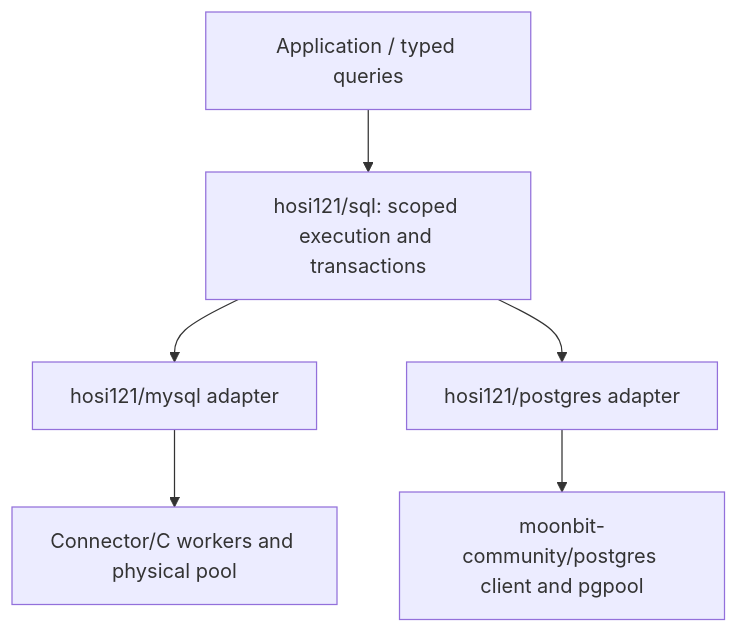
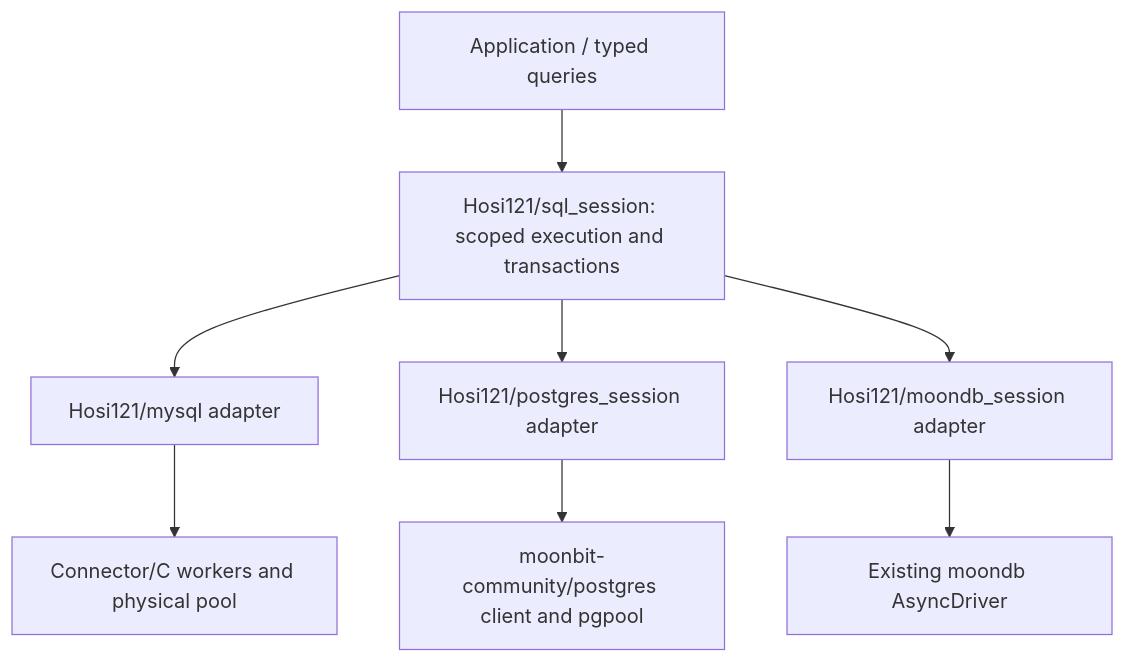
One commit to Hosi121/moonbit-sessions changed the diagram in docs/database-abstraction.md. Above: the diagram before and after it, drawn with Mermaid. The commit also changed other lines of this file and 72 other files, not shown here.

Commit message:
refactor: build scoped sessions on existing drivers and prepare registry modules

````diff
--- a/docs/database-abstraction.md
+++ b/docs/database-abstraction.md
@@ -10,8 +10,10 @@
 ```mermaid
 flowchart TD
-  A[Application / typed queries] --> S[hosi121/sql: scoped execution and transactions]
-  S --> M[hosi121/mysql adapter]
-  S --> P[hosi121/postgres adapter]
+  A[Application / typed queries] --> S[Hosi121/sql_session: scoped execution and transactions]
+  S --> M[Hosi121/mysql adapter]
+  S --> P[Hosi121/postgres_session adapter]
+  S --> D[Hosi121/moondb_session adapter]
+  D --> E[Existing moondb AsyncDriver]
   M --> W[Connector/C workers and physical pool]
   P --> U[moonbit-community/postgres client and pgpool]
 ```
````
